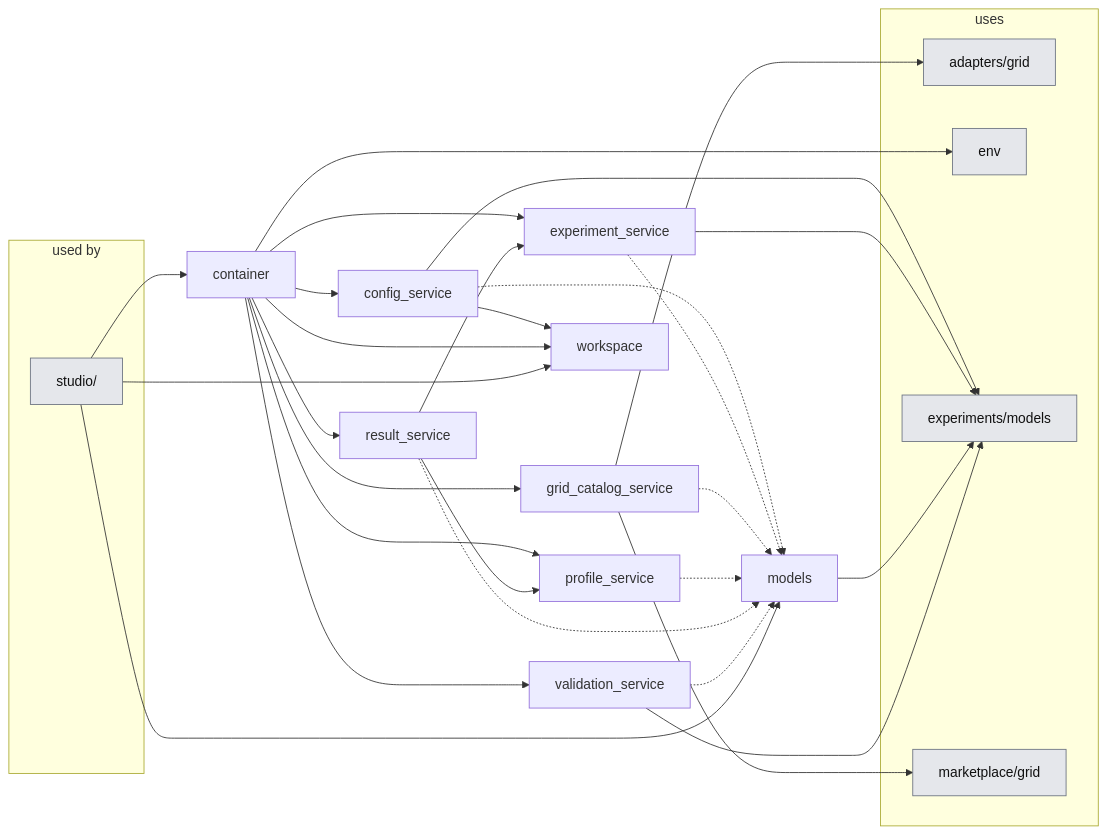
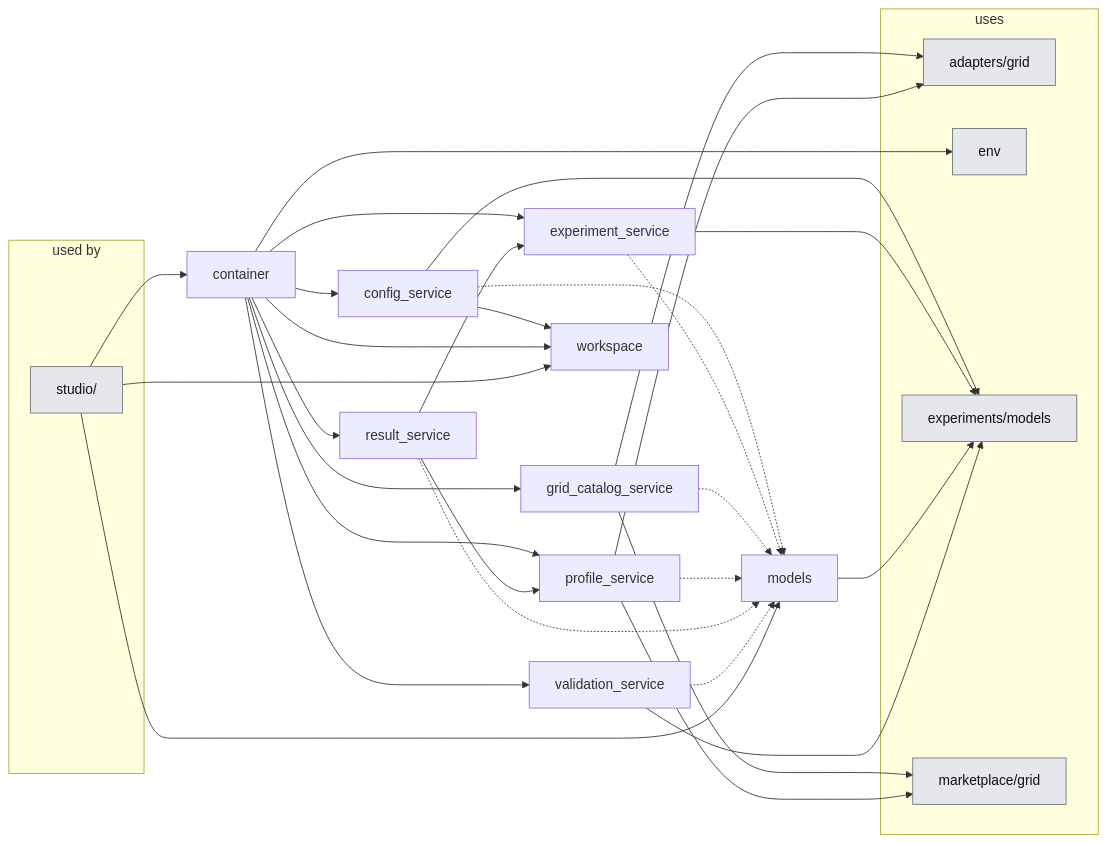
One commit to KevinRapo/P2P-thesis changed the second of 2 diagrams in docs_thesis/thesis/architecture/04-application-layer.md. Above: the diagram before and after it, drawn with Mermaid. The commit also changed other lines of this file and 8 other files, not shown here.

````diff
--- a/docs_thesis/thesis/architecture/04-application-layer.md
+++ b/docs_thesis/thesis/architecture/04-application-layer.md
@@ -61,48 +61,50 @@
 ```mermaid
 flowchart LR
   subgraph USERS["used by"]
     n_studio__users_["studio/"]:::ext
   end
   n_application_config_service["config_service"]
   n_application_container["container"]
   n_application_experiment_service["experiment_service"]
   n_application_grid_catalog_service["grid_catalog_service"]
   n_application_models["models"]
   n_application_profile_service["profile_service"]
   n_application_result_service["result_service"]
   n_application_validation_service["validation_service"]
   n_application_workspace["workspace"]
   subgraph USES["uses"]
     n_adapters_grid["adapters/grid"]:::ext
     n_env["env"]:::ext
     n_experiments_models["experiments/models"]:::ext
     n_marketplace_grid["marketplace/grid"]:::ext
   end
   n_application_config_service -.-> n_application_models
   n_application_config_service --> n_application_workspace
   n_application_config_service --> n_experiments_models
   n_application_container --> n_application_config_service
   n_application_container --> n_application_experiment_service
   n_application_container --> n_application_grid_catalog_service
   n_application_container --> n_application_profile_service
   n_application_container --> n_application_result_service
   n_application_container --> n_application_validation_service
   n_application_container --> n_application_workspace
   n_application_container --> n_env
   n_application_experiment_service -.-> n_application_models
   n_application_experiment_service --> n_experiments_models
   n_application_grid_catalog_service --> n_adapters_grid
   n_application_grid_catalog_service -.-> n_application_models
   n_application_grid_catalog_service --> n_marketplace_grid
   n_application_models --> n_experiments_models
+  n_application_profile_service --> n_adapters_grid
   n_application_profile_service -.-> n_application_models
+  n_application_profile_service --> n_marketplace_grid
   n_application_result_service --> n_application_experiment_service
   n_application_result_service -.-> n_application_models
   n_application_result_service --> n_application_profile_service
   n_application_validation_service -.-> n_application_models
   n_application_validation_service --> n_experiments_models
   n_studio__users_ --> n_application_container
   n_studio__users_ --> n_application_models
   n_studio__users_ --> n_application_workspace
   classDef ext fill:#e5e7eb,stroke:#6b7280,color:#111
 ```
````
